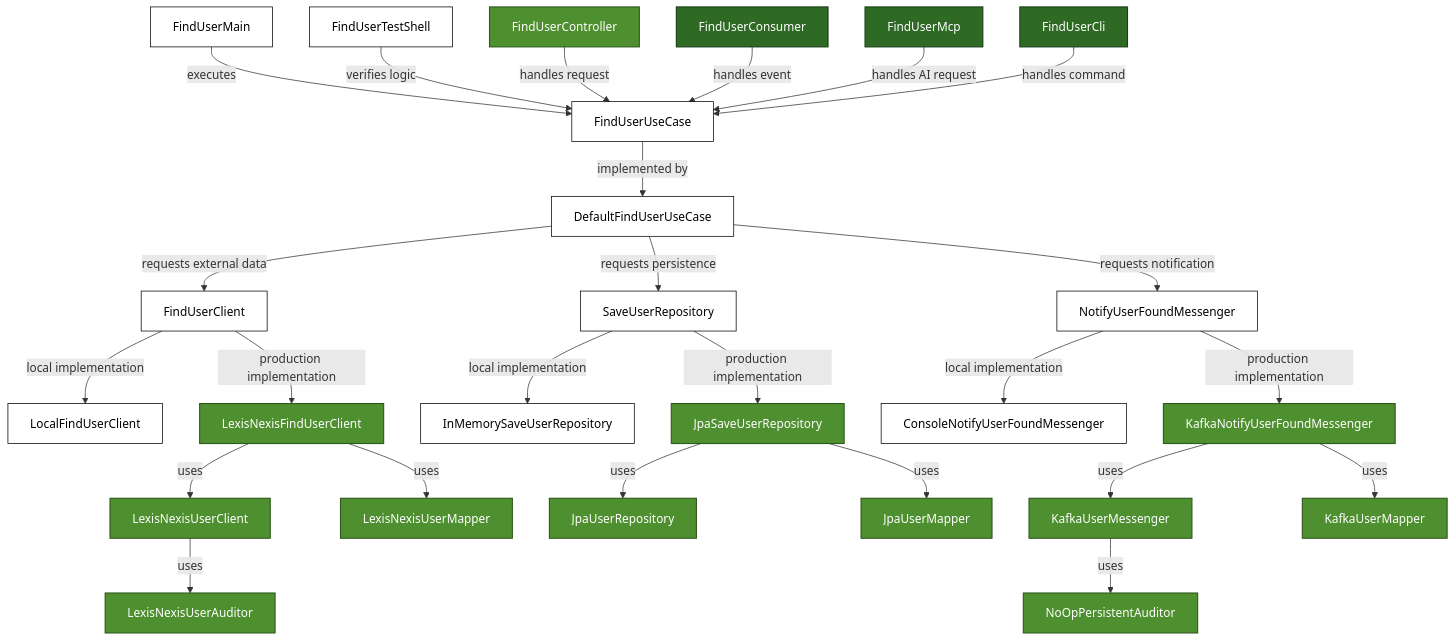
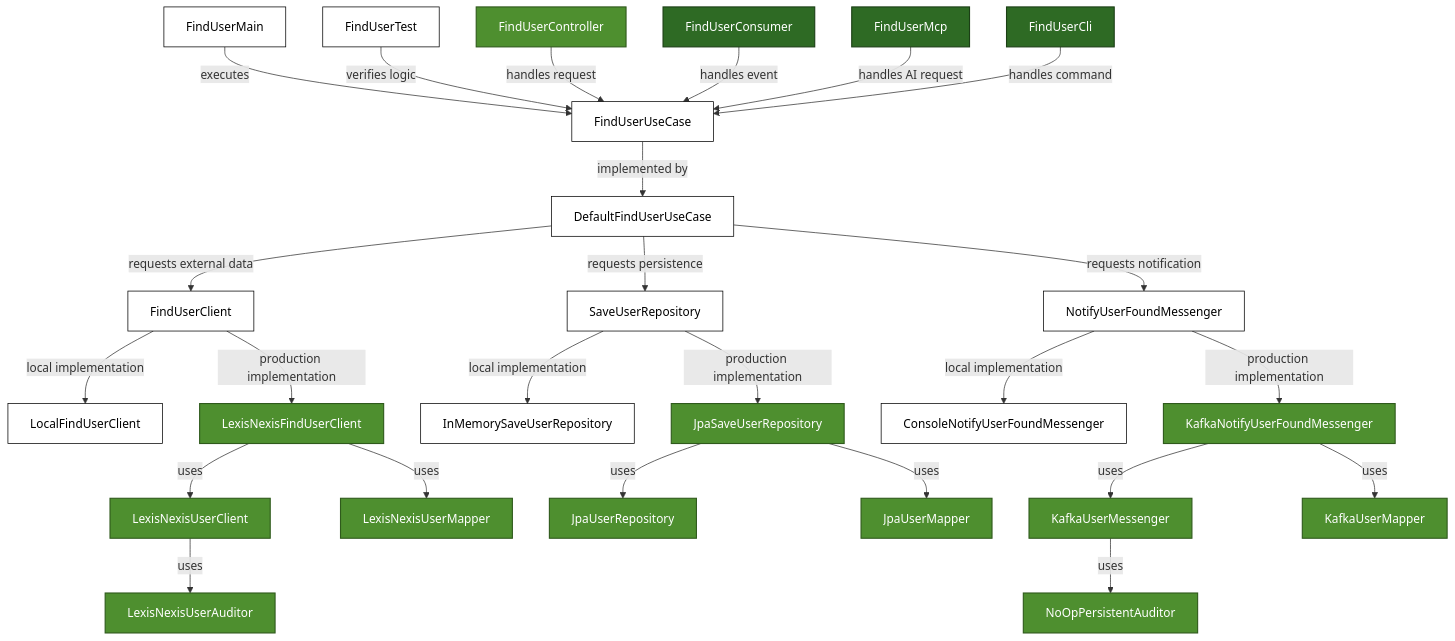
Before and after one commit to hermi-projects/hermi: the diagram in README.md, drawn with Mermaid.

Commit message:
rename shell name

````diff
--- a/README.md
+++ b/README.md
@@ -694,65 +694,65 @@
 ```mermaid
 graph TD
     %% Main Shell
     S_Main[FindUserMain] -->|executes| U_UseCase
 
     %% JUnit Shell
-    S_JUnit[FindUserTestShell] -->|verifies logic| U_UseCase
+    S_JUnit[FindUserTest] -->|verifies logic| U_UseCase
     
     %% API Shell
     S_Api[FindUserController] -->|handles request| U_UseCase
 
     %% Consumer Shell
     S_Consumer[FindUserConsumer] -->|handles event| U_UseCase
 
     %% AI Shell
     S_Ai[FindUserMcp] -->|handles AI request| U_UseCase
 
     %% CLI Shell
     S_Cli[FindUserCli] -->|handles command| U_UseCase
 
     %% Use Case Interface -> Default Implementation
     U_UseCase[FindUserUseCase] -->|implemented by| U_Default[DefaultFindUserUseCase]
     
     %% Default Implementation -> Contracts
     U_Default -->|requests external data| U_Client[FindUserClient]
     U_Default -->|requests persistence| U_Repo[SaveUserRepository]
     U_Default -->|requests notification| U_Messenger[NotifyUserFoundMessenger]
 
     %% Local Implementations
     U_Client -->|local implementation| A_LocalClient[LocalFindUserClient]
     U_Repo -->|local implementation| A_LocalRepo[InMemorySaveUserRepository]
     U_Messenger -->|local implementation| A_LocalMessenger[ConsoleNotifyUserFoundMessenger]
 
     %% Production Implementations
     U_Client -->|production implementation| A_ProdClient[LexisNexisFindUserClient]
     A_ProdClient -->|uses| A_VendorClient[LexisNexisUserClient]
     A_ProdClient -->|uses| A_VendorMapper[LexisNexisUserMapper]
     A_VendorClient -->|uses| A_ClientAuditor[LexisNexisUserAuditor]
 
     U_Repo -->|production implementation| A_ProdRepo[JpaSaveUserRepository]
     A_ProdRepo -->|uses| A_VendorRepo[JpaUserRepository]
     A_ProdRepo -->|uses| A_RepoMapper[JpaUserMapper]
 
     U_Messenger -->|production implementation| A_ProdMessenger[KafkaNotifyUserFoundMessenger]
     A_ProdMessenger -->|uses| A_VendorMessenger[KafkaUserMessenger]
     A_ProdMessenger -->|uses| A_MessengerMapper[KafkaUserMapper]
     A_VendorMessenger -->|uses| A_MessengerAuditor[NoOpPersistentAuditor]
 
     %% Styling
     classDef s_local fill:#FFFFFF,color:#000000,stroke:#000000,stroke-width:1px
     classDef s_api fill:#4E8F2F,color:#FFFFFF,stroke:#2F5A1C,stroke-width:1.5px
     classDef s_other fill:#2E6A24,color:#FFFFFF,stroke:#1B3F15,stroke-width:1.5px
     classDef core fill:#FFFFFF,color:#000000,stroke:#000000,stroke-width:1px
 
     %% Assign classes
     class S_Main,A_LocalClient,A_LocalRepo,A_LocalMessenger s_local
     class S_Api s_api
     class S_Consumer,S_Ai,S_Cli s_other
     class S_JUnit core
     class U_UseCase,U_Default,U_Client,U_Repo,U_Messenger core
     class A_ProdClient,A_ProdRepo,A_ProdMessenger s_api
     class A_VendorClient,A_VendorRepo,A_VendorMessenger s_api
     class A_VendorMapper,A_RepoMapper,A_MessengerMapper s_api
     class A_ClientAuditor,A_MessengerAuditor s_api
 ```
````
